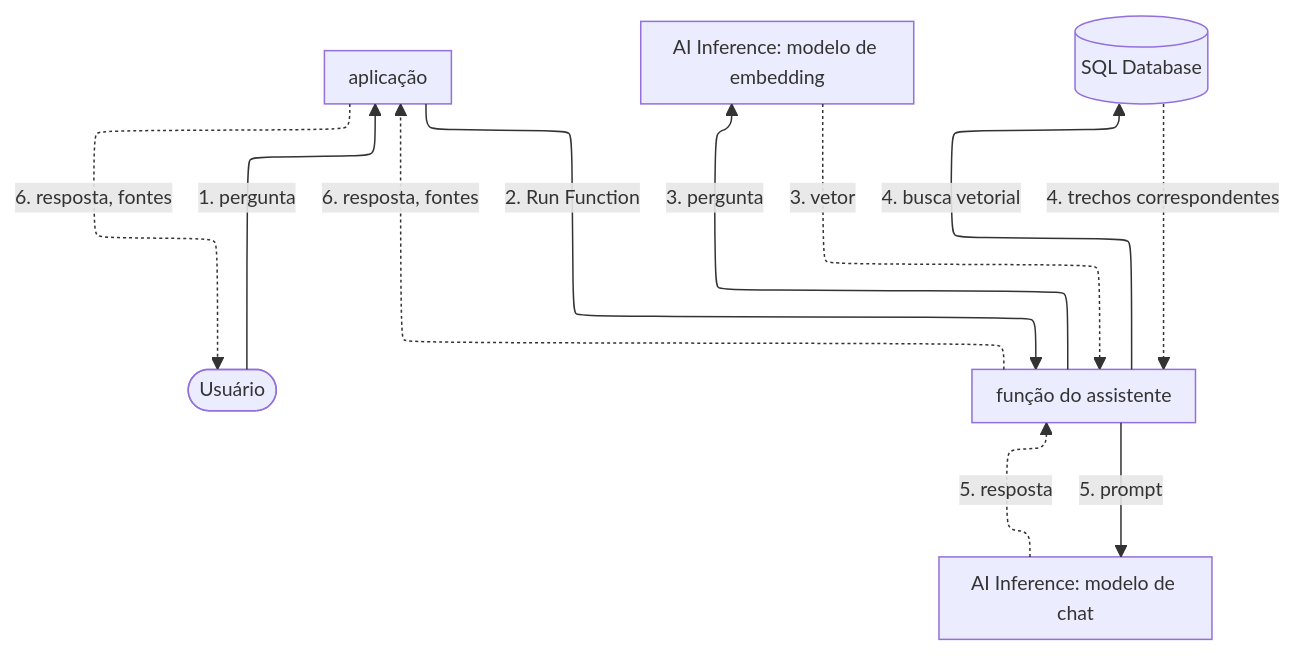
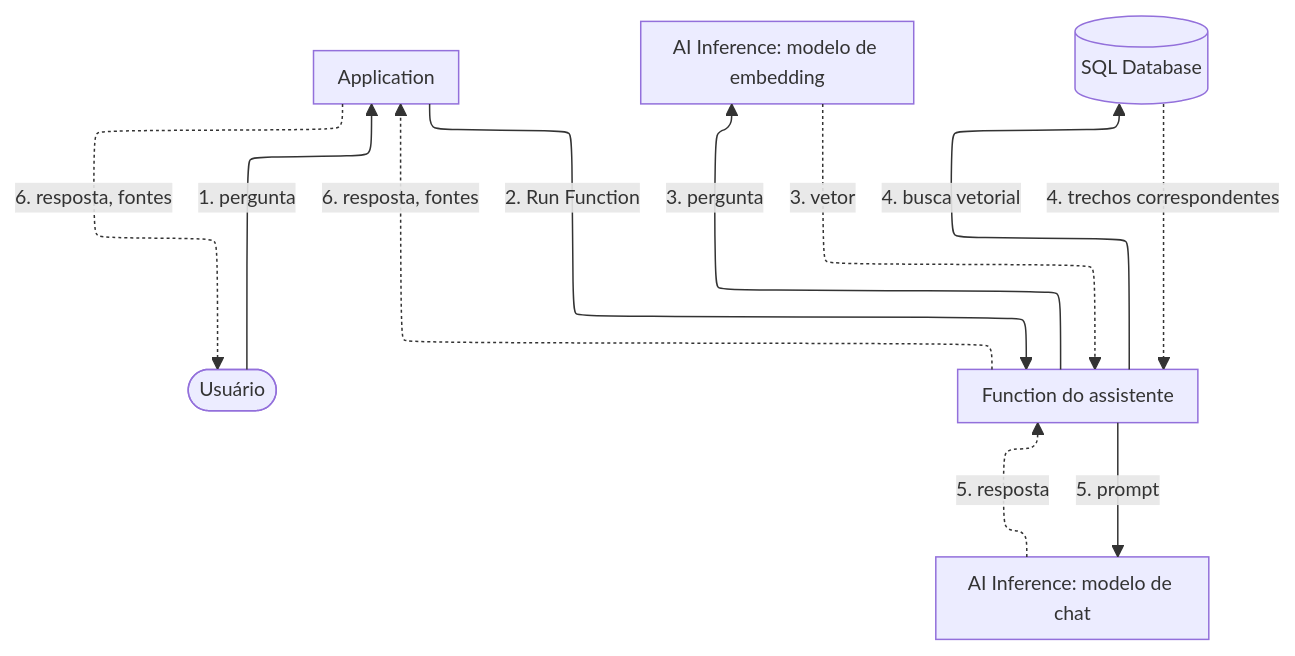
One commit to aziontech/docs changed the diagram in apps/docs/src/content/docs/pt-br/pages/arquiteturas/artificial-intelligence/ai-agent-copilot.mdx. Above: the diagram before and after it, drawn with Mermaid. The commit also changed other lines of this file and 5 other files, not shown here.

````diff
--- a/apps/docs/src/content/docs/pt-br/pages/arquiteturas/artificial-intelligence/ai-agent-copilot.mdx
+++ b/apps/docs/src/content/docs/pt-br/pages/arquiteturas/artificial-intelligence/ai-agent-copilot.mdx
@@ -25,20 +25,20 @@
 ```mermaid
 %%{init: {"layout": "elk", "elk": {"cycleBreakingStrategy": "MODEL_ORDER"}, "themeVariables": {"fontSize": "13px"}, "flowchart": {"nodeSpacing": 24, "rankSpacing": 36, "padding": 8, "wrappingWidth": 150, "useMaxWidth": true}, "sequence": {"width": 120, "actorMargin": 30, "useMaxWidth": true}}}%%
 flowchart TD
   User(["Usuário"])
-  App["aplicação"]
-  Fn["função do assistente"]
+  App["Application"]
+  Fn["Function do assistente"]
   Embed["AI Inference: modelo de embedding"]
   DB[("SQL Database")]
   Chat["AI Inference: modelo de chat"]
   User -->|"1. pergunta"| App
   App -->|"2. Run Function"| Fn
   Fn -->|"3. pergunta"| Embed
   Fn -->|"4. busca vetorial"| DB
   Fn -->|"5. prompt"| Chat
   Embed -.->|"3. vetor"| Fn
   DB -.->|"4. trechos correspondentes"| Fn
   Chat -.->|"5. resposta"| Fn
   Fn -.->|"6. resposta, fontes"| App
   App -.->|"6. resposta, fontes"| User
 ```
````
